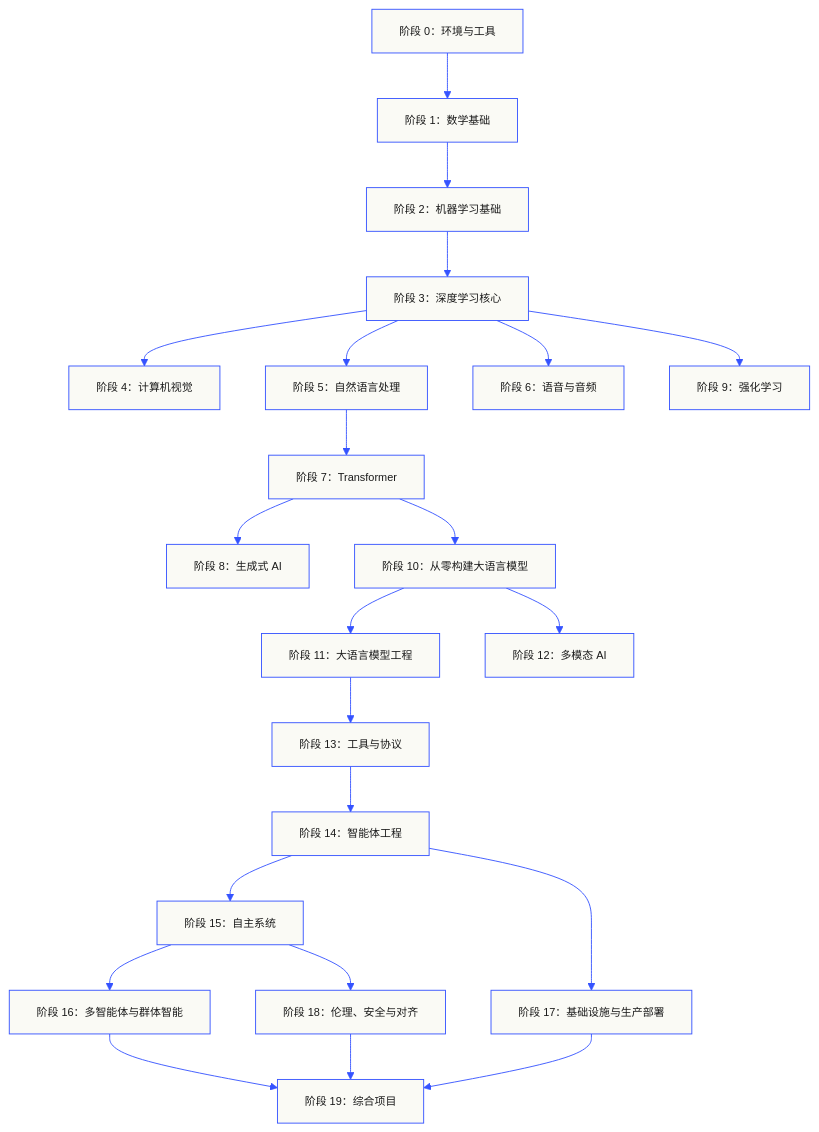
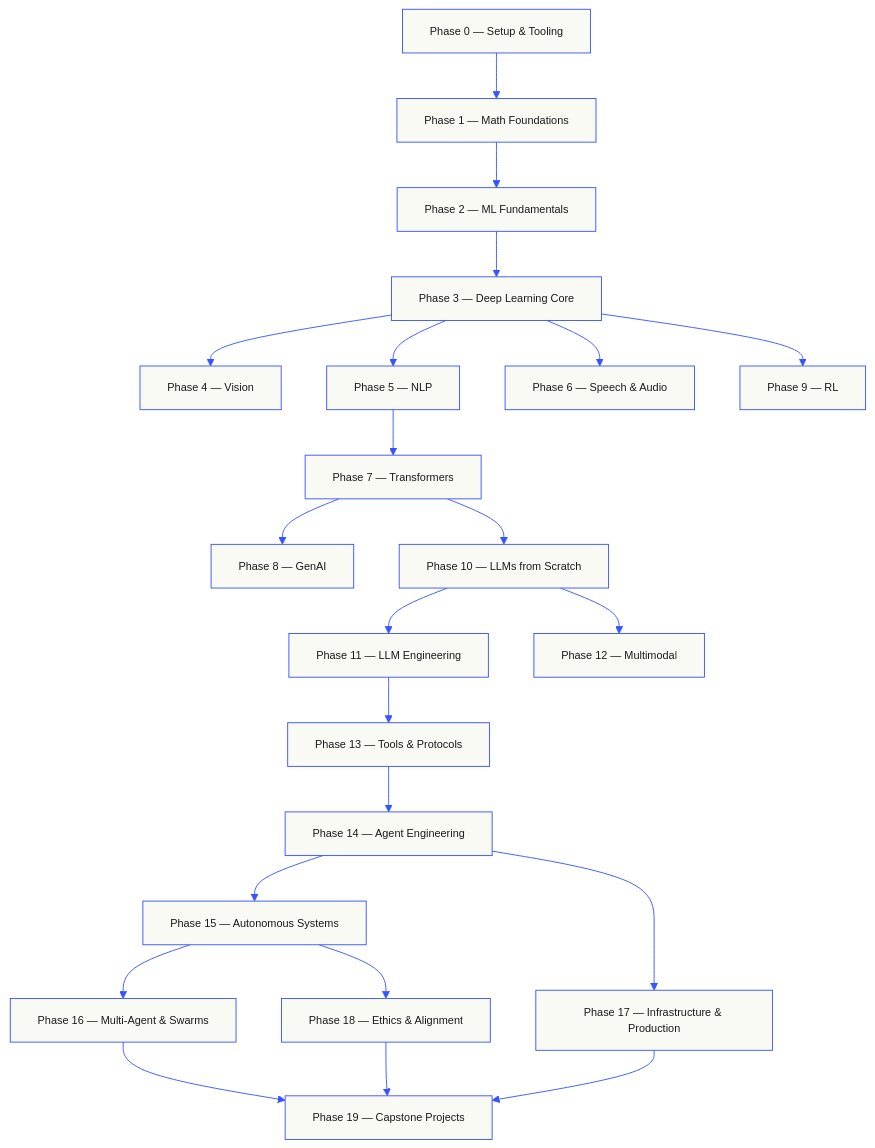
The first of 2 diagrams in i18n/zh/README.md (MaYangle/ai-engineering-from-scratch), drawn with Mermaid before and after one commit. The commit also changed other lines of this file and 20 other files, not shown here.

````diff
--- a/i18n/zh/README.md
+++ b/i18n/zh/README.md
@@ -134,25 +194,25 @@
 ```mermaid
 %%{init: {'theme':'base','themeVariables':{'primaryColor':'#fafaf5','primaryTextColor':'#1a1a1a','primaryBorderColor':'#3553ff','lineColor':'#3553ff','fontFamily':'JetBrains Mono','fontSize':'12px'}}}%%
 flowchart TB
-  P0["阶段 0：环境与工具"] --> P1["阶段 1：数学基础"]
-  P1 --> P2["阶段 2：机器学习基础"]
-  P2 --> P3["阶段 3：深度学习核心"]
-  P3 --> P4["阶段 4：计算机视觉"]
-  P3 --> P5["阶段 5：自然语言处理"]
-  P3 --> P6["阶段 6：语音与音频"]
-  P3 --> P9["阶段 9：强化学习"]
-  P5 --> P7["阶段 7：Transformer"]
-  P7 --> P8["阶段 8：生成式 AI"]
-  P7 --> P10["阶段 10：从零构建大语言模型"]
-  P10 --> P11["阶段 11：大语言模型工程"]
-  P10 --> P12["阶段 12：多模态 AI"]
-  P11 --> P13["阶段 13：工具与协议"]
-  P13 --> P14["阶段 14：智能体工程"]
-  P14 --> P15["阶段 15：自主系统"]
-  P15 --> P16["阶段 16：多智能体与群体智能"]
-  P14 --> P17["阶段 17：基础设施与生产部署"]
-  P15 --> P18["阶段 18：伦理、安全与对齐"]
-  P16 --> P19["阶段 19：综合项目"]
+  P0["Phase 0 — Setup &amp; Tooling"] --> P1["Phase 1 — Math Foundations"]
+  P1 --> P2["Phase 2 — ML Fundamentals"]
+  P2 --> P3["Phase 3 — Deep Learning Core"]
+  P3 --> P4["Phase 4 — Vision"]
+  P3 --> P5["Phase 5 — NLP"]
+  P3 --> P6["Phase 6 — Speech &amp; Audio"]
+  P3 --> P9["Phase 9 — RL"]
+  P5 --> P7["Phase 7 — Transformers"]
+  P7 --> P8["Phase 8 — GenAI"]
+  P7 --> P10["Phase 10 — LLMs from Scratch"]
+  P10 --> P11["Phase 11 — LLM Engineering"]
+  P10 --> P12["Phase 12 — Multimodal"]
+  P11 --> P13["Phase 13 — Tools &amp; Protocols"]
+  P13 --> P14["Phase 14 — Agent Engineering"]
+  P14 --> P15["Phase 15 — Autonomous Systems"]
+  P15 --> P16["Phase 16 — Multi-Agent &amp; Swarms"]
+  P14 --> P17["Phase 17 — Infrastructure &amp; Production"]
+  P15 --> P18["Phase 18 — Ethics &amp; Alignment"]
+  P16 --> P19["Phase 19 — Capstone Projects"]
   P17 --> P19
   P18 --> P19
 ```
````
